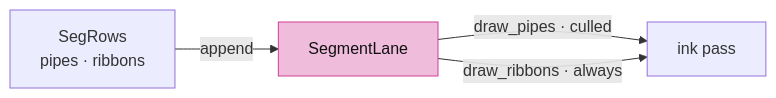
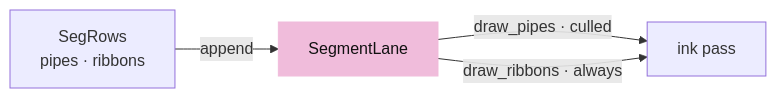
Before and after one commit to petrasvestartas/session: the third of 5 diagrams in session_viewer/docs/04b-strokes.md, drawn with Mermaid. The commit also changed other lines of this file and 324 other files, not shown here.

````diff
--- a/session_viewer/docs/04b-strokes.md
+++ b/session_viewer/docs/04b-strokes.md
@@ -58,7 +60,7 @@
 ```mermaid
 flowchart LR
     SR["SegRows<br/>pipes · ribbons"] -- "append" --> SL["SegmentLane"]
     SL -- "draw_pipes · culled" --> P["ink pass"]
     SL -- "draw_ribbons · always" --> P
-    style SL fill:#f0bcdb,stroke:#ce4095,color:#111
+    style SL fill:#f0bcdb,stroke:#f0bcdb,color:#111
 ```
````
